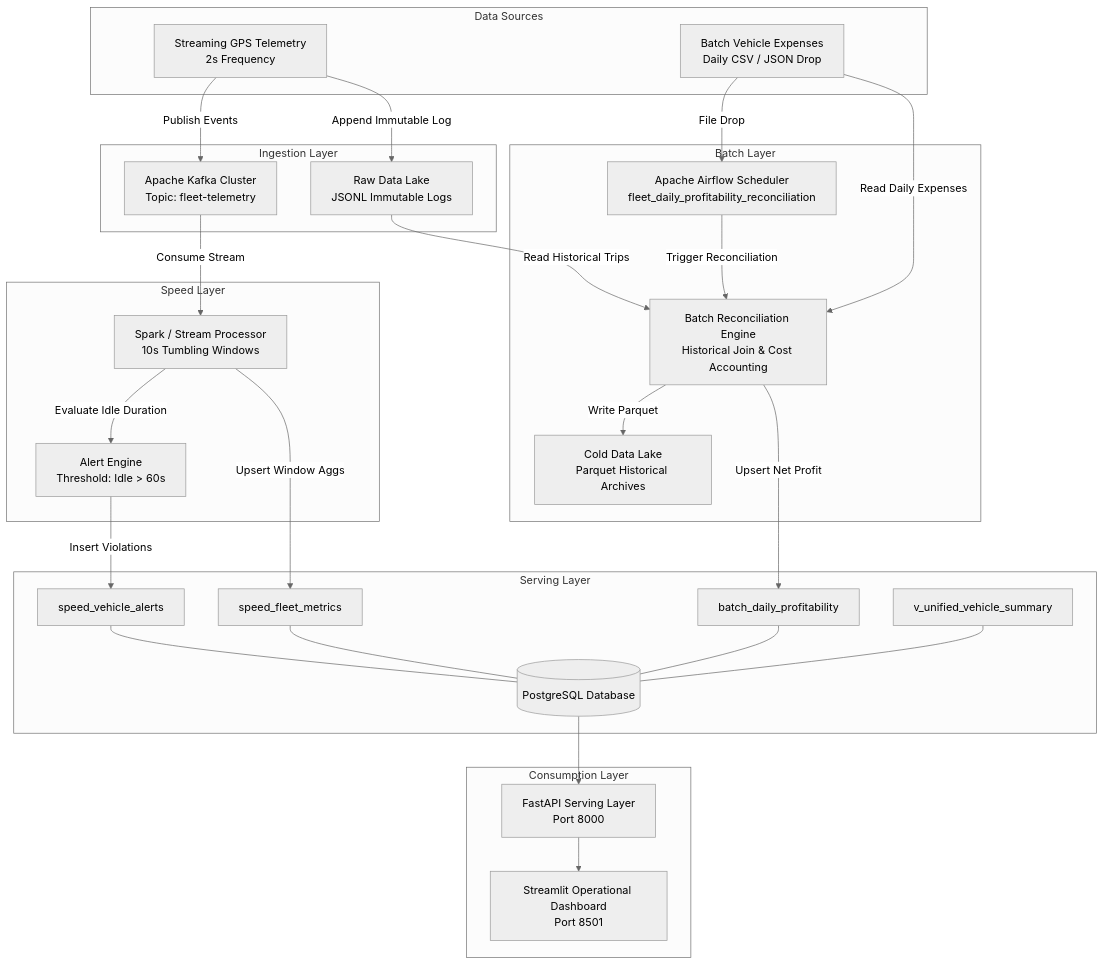
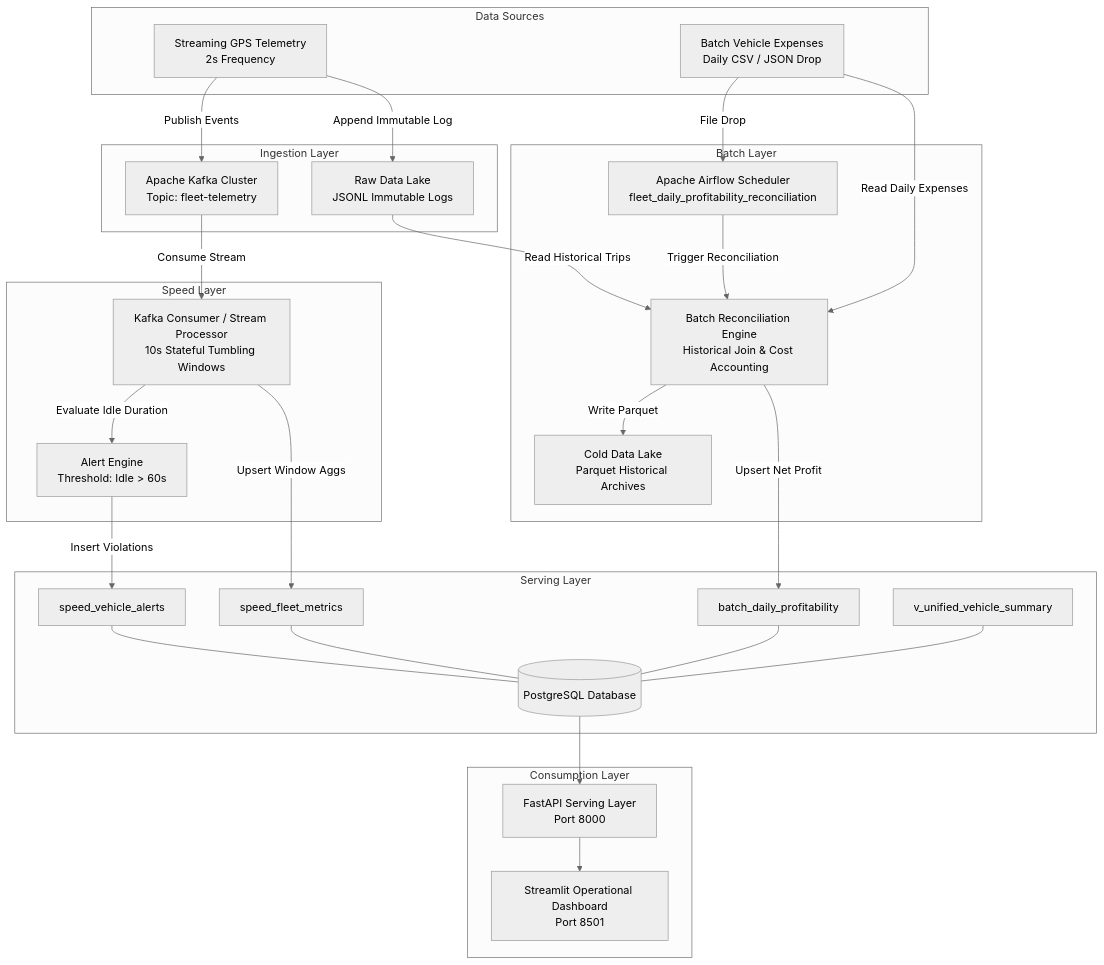
One commit to KavinduDr/big-data-mini-project changed the diagram in docs/report.md. Above: the diagram before and after it, drawn with Mermaid (neutral theme). The commit also changed other lines of this file and 9 other files, not shown here.

````diff
--- a/docs/report.md
+++ b/docs/report.md
@@ -106,59 +106,59 @@
 ```mermaid
 flowchart TD
     subgraph Data Sources
         S1[Streaming GPS Telemetry<br/>2s Frequency]
         S2[Batch Vehicle Expenses<br/>Daily CSV / JSON Drop]
     end
 
     subgraph Ingestion Layer
         K[Apache Kafka Cluster<br/>Topic: fleet-telemetry]
         DL_Raw[Raw Data Lake<br/>JSONL Immutable Logs]
     end
 
     subgraph Speed Layer
-        SP[Spark / Stream Processor<br/>10s Tumbling Windows]
+        SP[Kafka Consumer / Stream Processor<br/>10s Stateful Tumbling Windows]
         AL[Alert Engine<br/>Threshold: Idle > 60s]
     end
 
     subgraph Batch Layer
         AF[Apache Airflow Scheduler<br/>fleet_daily_profitability_reconciliation]
         BP[Batch Reconciliation Engine<br/>Historical Join & Cost Accounting]
         DL_Parquet[Cold Data Lake<br/>Parquet Historical Archives]
     end
 
     subgraph Serving Layer
         PG[(PostgreSQL Database)]
         V_Speed[speed_fleet_metrics]
         V_Alert[speed_vehicle_alerts]
         V_Batch[batch_daily_profitability]
         V_Union[v_unified_vehicle_summary]
     end
 
     subgraph Consumption Layer
         API[FastAPI Serving Layer<br/>Port 8000]
         UI[Streamlit Operational Dashboard<br/>Port 8501]
     end
 
     S1 -->|Publish Events| K
     S1 -->|Append Immutable Log| DL_Raw
     S2 -->|File Drop| AF
 
     K -->|Consume Stream| SP
     SP -->|Evaluate Idle Duration| AL
     SP -->|Upsert Window Aggs| V_Speed
     AL -->|Insert Violations| V_Alert
 
     AF -->|Trigger Reconciliation| BP
     DL_Raw -->|Read Historical Trips| BP
     S2 -->|Read Daily Expenses| BP
     BP -->|Write Parquet| DL_Parquet
     BP -->|Upsert Net Profit| V_Batch
 
     V_Speed --- PG
     V_Alert --- PG
     V_Batch --- PG
     V_Union --- PG
 
     PG --> API
     API --> UI
 ```
````
